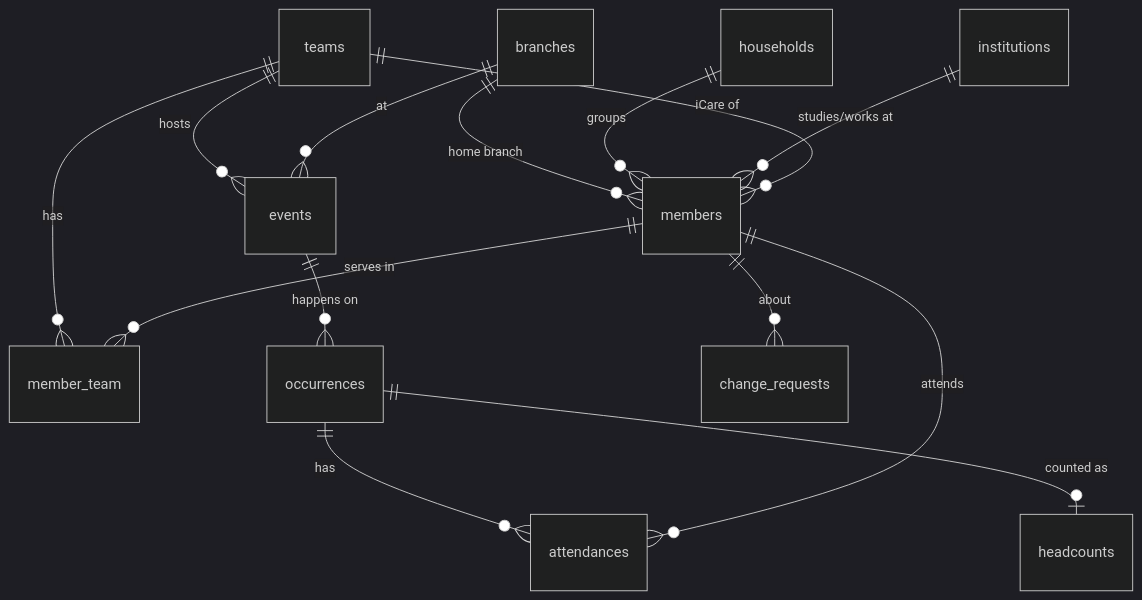
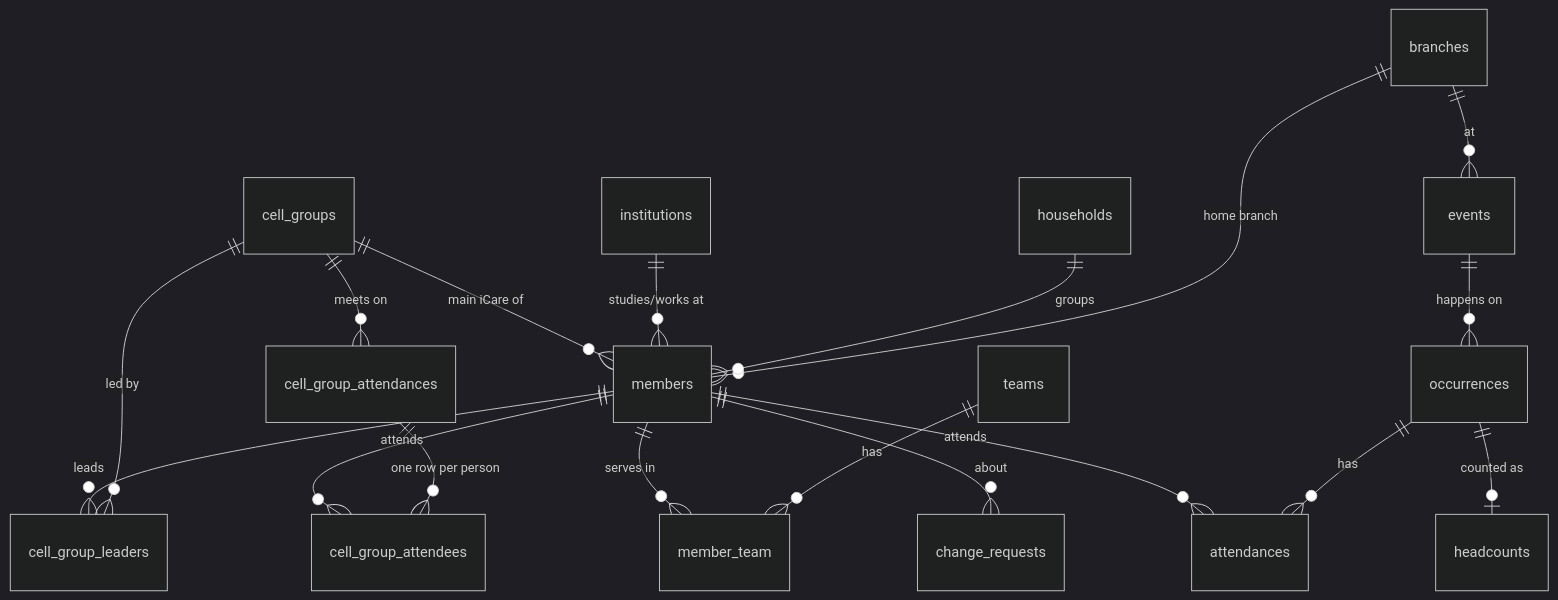
Before and after one commit to ijosh-ch/church-cms-laravel: the diagram in PRD.md, drawn with Mermaid (dark theme). The commit also changed other lines of this file and 101 other files, not shown here.

````diff
--- a/PRD.md
+++ b/PRD.md
@@ -292,16 +320,20 @@
 ```mermaid
 erDiagram
   branches   ||--o{ members : "home branch"
   households ||--o{ members : groups
   institutions ||--o{ members : "studies/works at"
-  teams      ||--o{ members : "iCare of"
+  cell_groups ||--o{ members : "main iCare of"
+  cell_groups ||--o{ cell_group_leaders : "led by"
+  members    ||--o{ cell_group_leaders : leads
+  cell_groups ||--o{ cell_group_attendances : "meets on"
+  cell_group_attendances ||--o{ cell_group_attendees : "one row per person"
+  members    ||--o{ cell_group_attendees : attends
   teams      ||--o{ member_team : has
   members    ||--o{ member_team : "serves in"
-  teams      ||--o{ events : hosts
   branches   ||--o{ events : at
   events     ||--o{ occurrences : "happens on"
   occurrences ||--o{ attendances : has
   members    ||--o{ attendances : attends
   occurrences ||--o| headcounts : "counted as"
   members    ||--o{ change_requests : about
 ```
````
